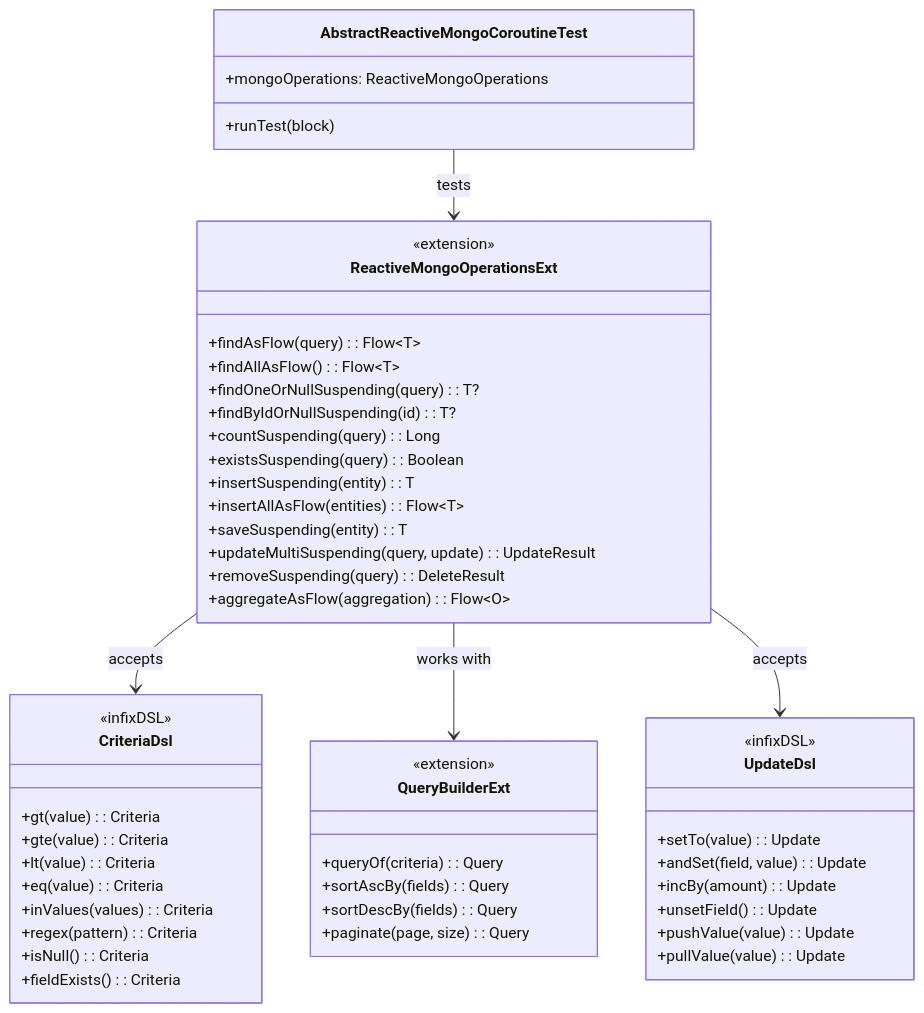
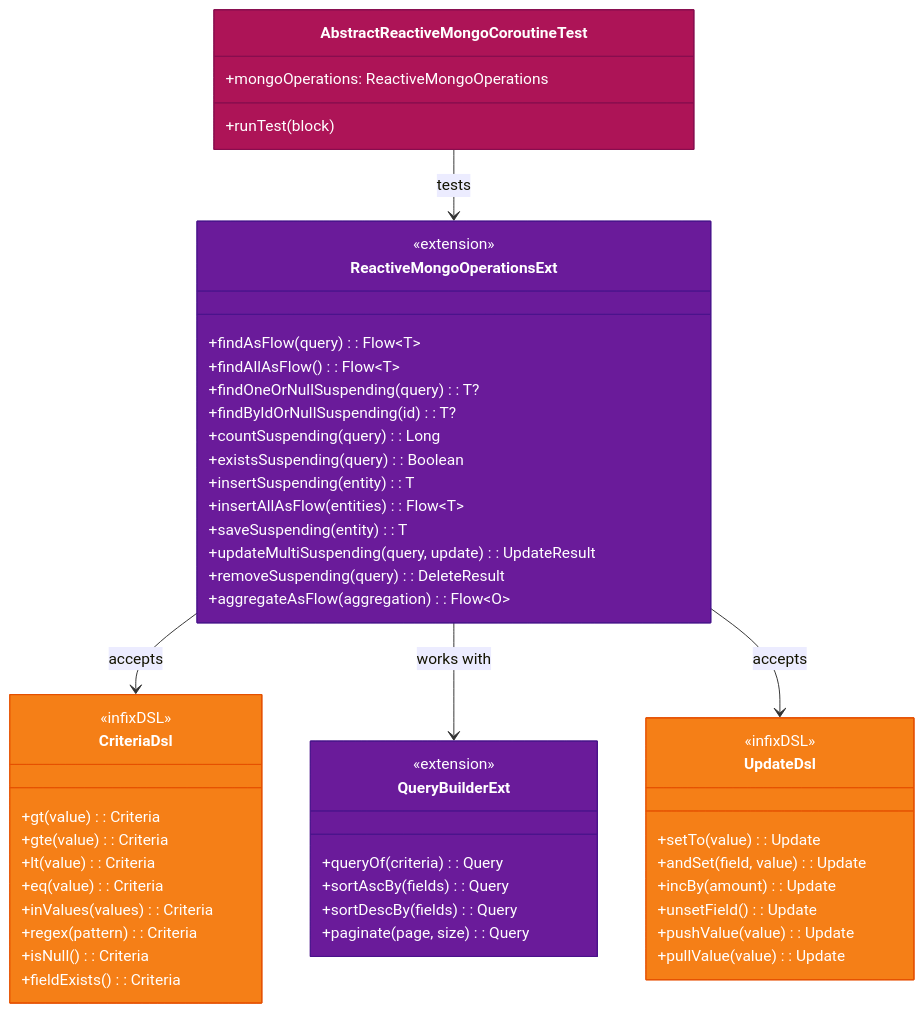
Before and after one commit to bluetape4k/bluetape4k-projects: the first of 4 diagrams in spring-boot3/mongodb/README.md, drawn with Mermaid. The commit also changed other lines of this file and 221 other files, not shown here.

First line of the commit message:
docs: 전체 모듈 README UML 다이어그램 보강 및 색상 업그레이드

````diff
--- a/spring-boot3/mongodb/README.md
+++ b/spring-boot3/mongodb/README.md
@@ -214,54 +214,60 @@
 ```mermaid
 classDiagram
     class ReactiveMongoOperationsExt {
         <<extension>>
         +findAsFlow(query): Flow~T~
         +findAllAsFlow(): Flow~T~
         +findOneOrNullSuspending(query): T?
         +findByIdOrNullSuspending(id): T?
         +countSuspending(query): Long
         +existsSuspending(query): Boolean
         +insertSuspending(entity): T
         +insertAllAsFlow(entities): Flow~T~
         +saveSuspending(entity): T
         +updateMultiSuspending(query, update): UpdateResult
         +removeSuspending(query): DeleteResult
         +aggregateAsFlow(aggregation): Flow~O~
     }
     class CriteriaDsl {
         <<infixDSL>>
         +gt(value): Criteria
         +gte(value): Criteria
         +lt(value): Criteria
         +eq(value): Criteria
         +inValues(values): Criteria
         +regex(pattern): Criteria
         +isNull(): Criteria
         +fieldExists(): Criteria
     }
     class QueryBuilderExt {
         <<extension>>
         +queryOf(criteria): Query
         +sortAscBy(fields): Query
         +sortDescBy(fields): Query
         +paginate(page, size): Query
     }
     class UpdateDsl {
         <<infixDSL>>
         +setTo(value): Update
         +andSet(field, value): Update
         +incBy(amount): Update
         +unsetField(): Update
         +pushValue(value): Update
         +pullValue(value): Update
     }
     class AbstractReactiveMongoCoroutineTest {
         +mongoOperations: ReactiveMongoOperations
         +runTest(block)
     }
 
     ReactiveMongoOperationsExt --> CriteriaDsl : accepts
     ReactiveMongoOperationsExt --> QueryBuilderExt : works with
     ReactiveMongoOperationsExt --> UpdateDsl : accepts
     AbstractReactiveMongoCoroutineTest --> ReactiveMongoOperationsExt : tests
+
+    style ReactiveMongoOperationsExt fill:#6A1B9A,stroke:#4A148C,color:#FFFFFF
+    style CriteriaDsl fill:#F57F17,stroke:#E65100,color:#FFFFFF
+    style QueryBuilderExt fill:#6A1B9A,stroke:#4A148C,color:#FFFFFF
+    style UpdateDsl fill:#F57F17,stroke:#E65100,color:#FFFFFF
+    style AbstractReactiveMongoCoroutineTest fill:#AD1457,stroke:#880E4F,color:#FFFFFF
 ```
````
